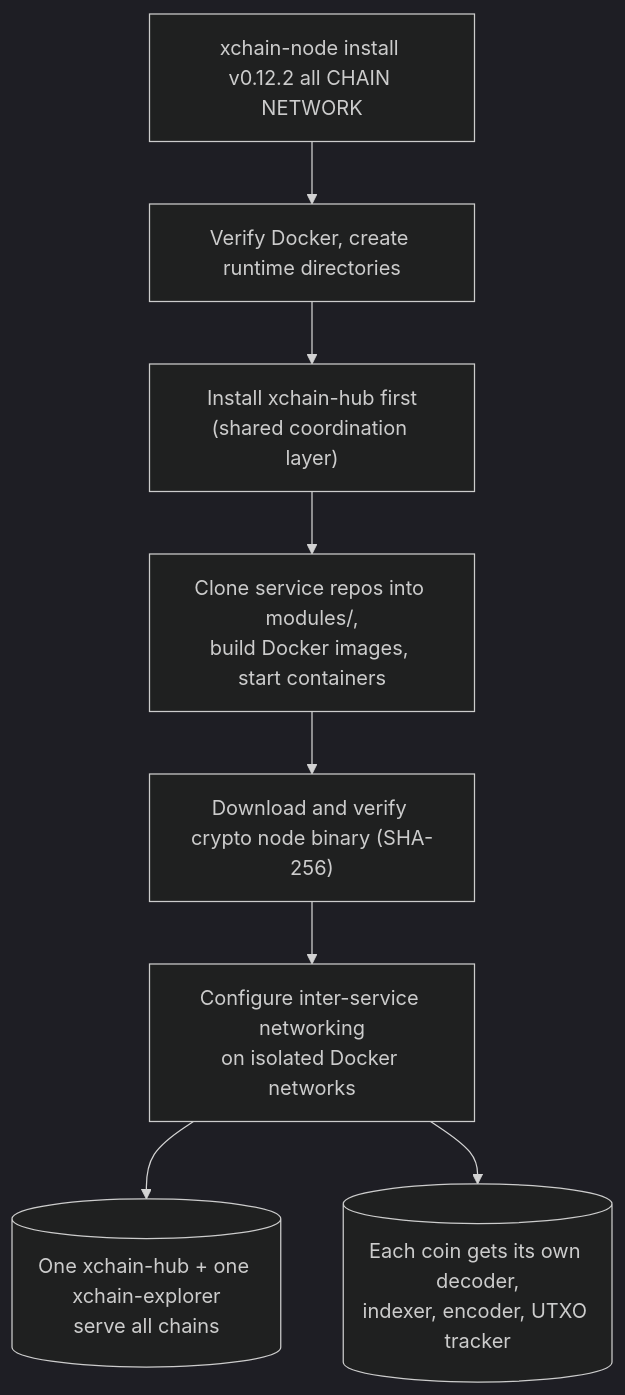
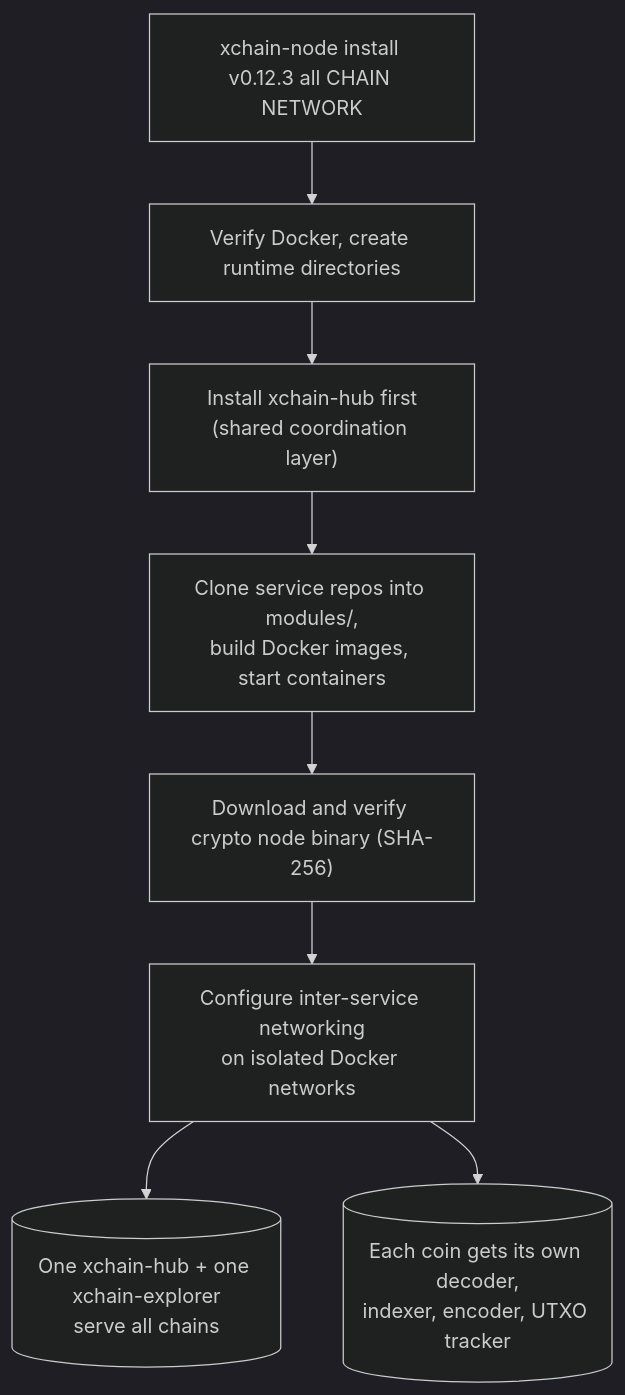
The diagram in getting-started/quickstart-node-operator.md (XChain-Platform/xchain-documentation), drawn with Mermaid (dark theme) before and after one commit. The commit also changed other lines of this file and 9 other files, not shown here.

````diff
--- a/getting-started/quickstart-node-operator.md
+++ b/getting-started/quickstart-node-operator.md
@@ -115,10 +115,10 @@
 ```mermaid
 flowchart TD
-    A["xchain-node install v0.12.2 all CHAIN NETWORK"] --> B["Verify Docker, create runtime directories"]
+    A["xchain-node install v0.12.3 all CHAIN NETWORK"] --> B["Verify Docker, create runtime directories"]
     B --> C["Install xchain-hub first<br>(shared coordination layer)"]
     C --> D["Clone service repos into modules/,<br>build Docker images, start containers"]
     D --> E["Download and verify crypto node binary (SHA-256)"]
     E --> F["Configure inter-service networking<br>on isolated Docker networks"]
     F --> G[("One xchain-hub + one xchain-explorer<br>serve all chains")]
     F --> H[("Each coin gets its own decoder,<br>indexer, encoder, UTXO tracker")]
 ```
````
